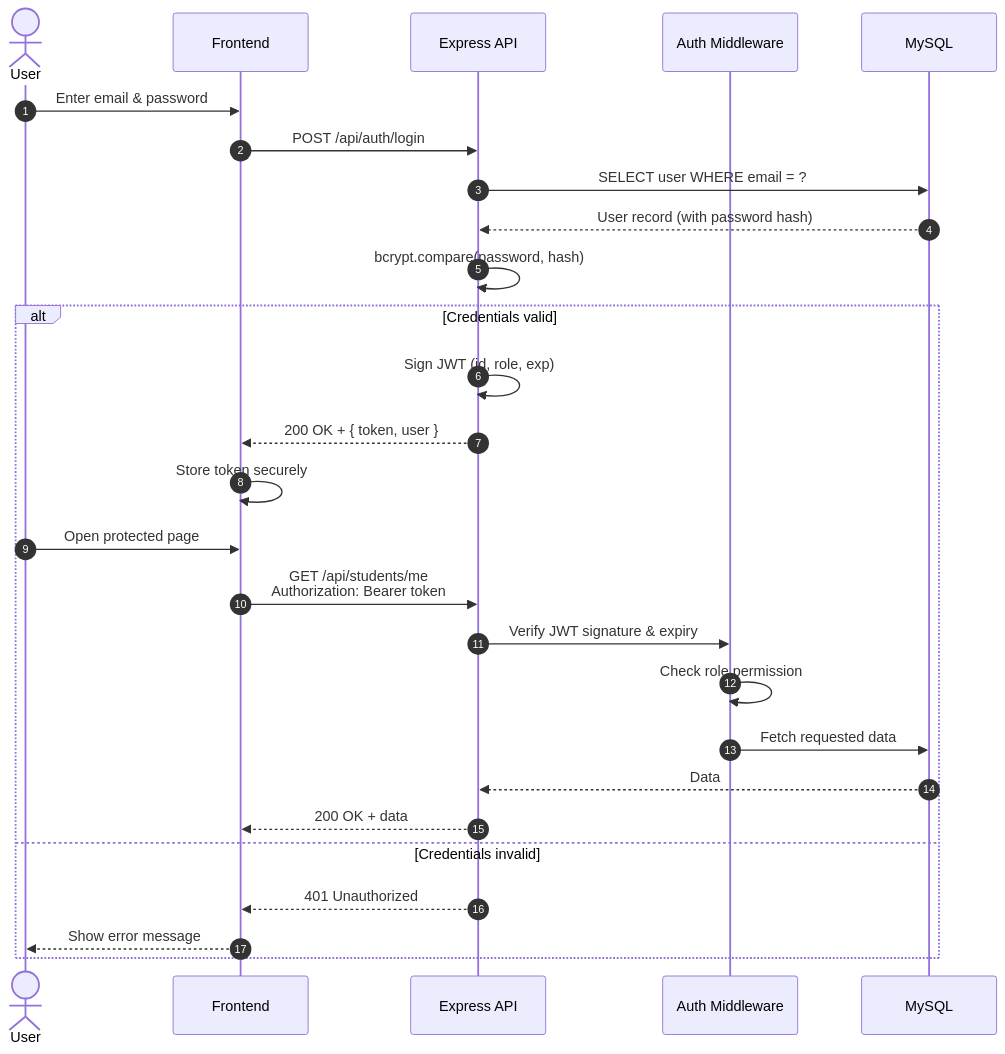
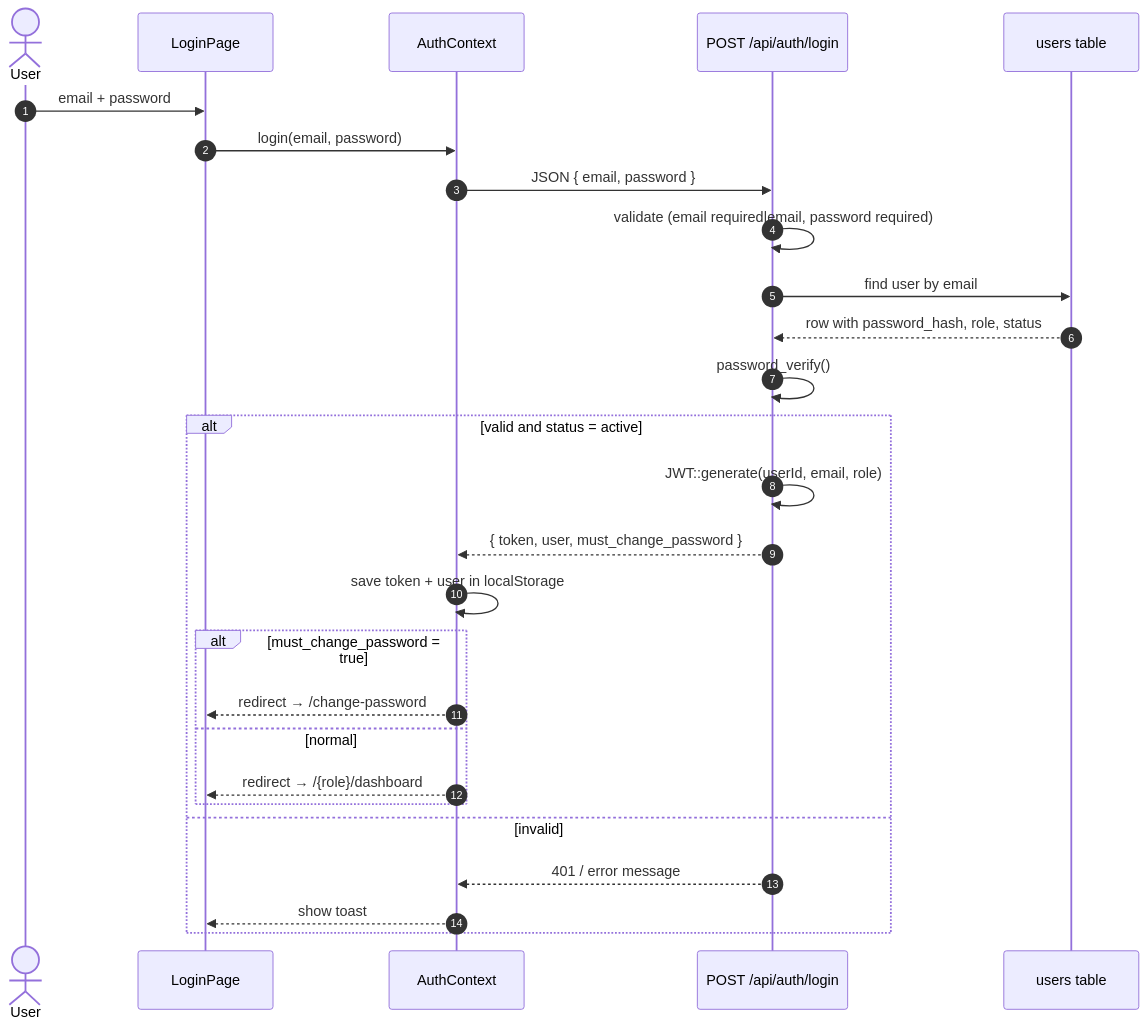
One commit to shahdhairyah/ADITCMS changed the ninth of 46 diagrams in README.md. Above: the diagram before and after it, drawn with Mermaid. The commit also changed other lines of this file, not shown here.

````diff
--- a/README.md
+++ b/README.md
@@ -337,31 +488,30 @@
 ```mermaid
 sequenceDiagram
     autonumber
     actor U as User
-    participant FE as Frontend
-    participant API as Express API
-    participant MW as Auth Middleware
-    participant DB as MySQL
+    participant LP as LoginPage
+    participant AC as AuthContext
+    participant API as POST /api/auth/login
+    participant DB as users table
 
-    U->>FE: Enter email & password
-    FE->>API: POST /api/auth/login
-    API->>DB: SELECT user WHERE email = ?
-    DB-->>API: User record (with password hash)
-    API->>API: bcrypt.compare(password, hash)
-
-    alt Credentials valid
-        API->>API: Sign JWT (id, role, exp)
-        API-->>FE: 200 OK + { token, user }
-        FE->>FE: Store token securely
-        U->>FE: Open protected page
-        FE->>API: GET /api/students/me<br/>Authorization: Bearer token
-        API->>MW: Verify JWT signature & expiry
-        MW->>MW: Check role permission
-        MW->>DB: Fetch requested data
-        DB-->>API: Data
-        API-->>FE: 200 OK + data
-    else Credentials invalid
-        API-->>FE: 401 Unauthorized
-        FE-->>U: Show error message
+    U->>LP: email + password
+    LP->>AC: login(email, password)
+    AC->>API: JSON { email, password }
+    API->>API: validate (email required|email, password required)
+    API->>DB: find user by email
+    DB-->>API: row with password_hash, role, status
+    API->>API: password_verify()
+    alt valid and status = active
+        API->>API: JWT::generate(userId, email, role)
+        API-->>AC: { token, user, must_change_password }
+        AC->>AC: save token + user in localStorage
+        alt must_change_password = true
+            AC-->>LP: redirect → /change-password
+        else normal
+            AC-->>LP: redirect → /{role}/dashboard
+        end
+    else invalid
+        API-->>AC: 401 / error message
+        AC-->>LP: show toast
     end
 ```
````
